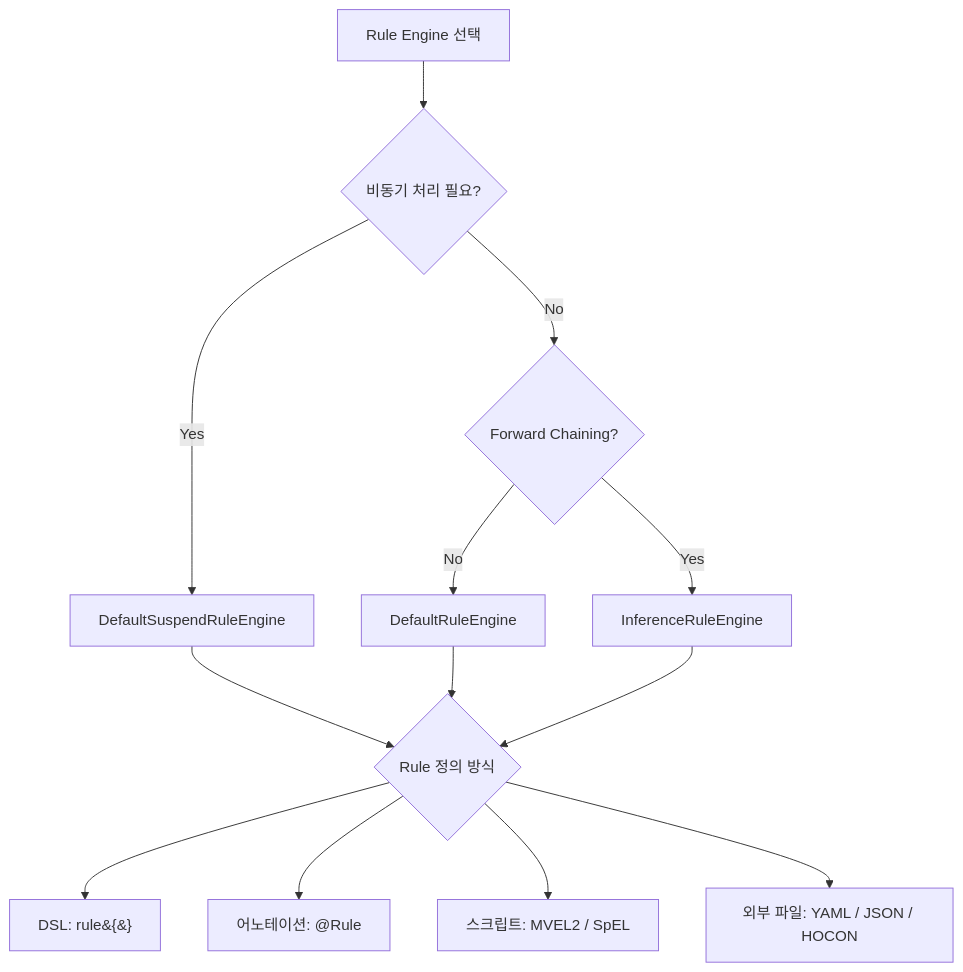
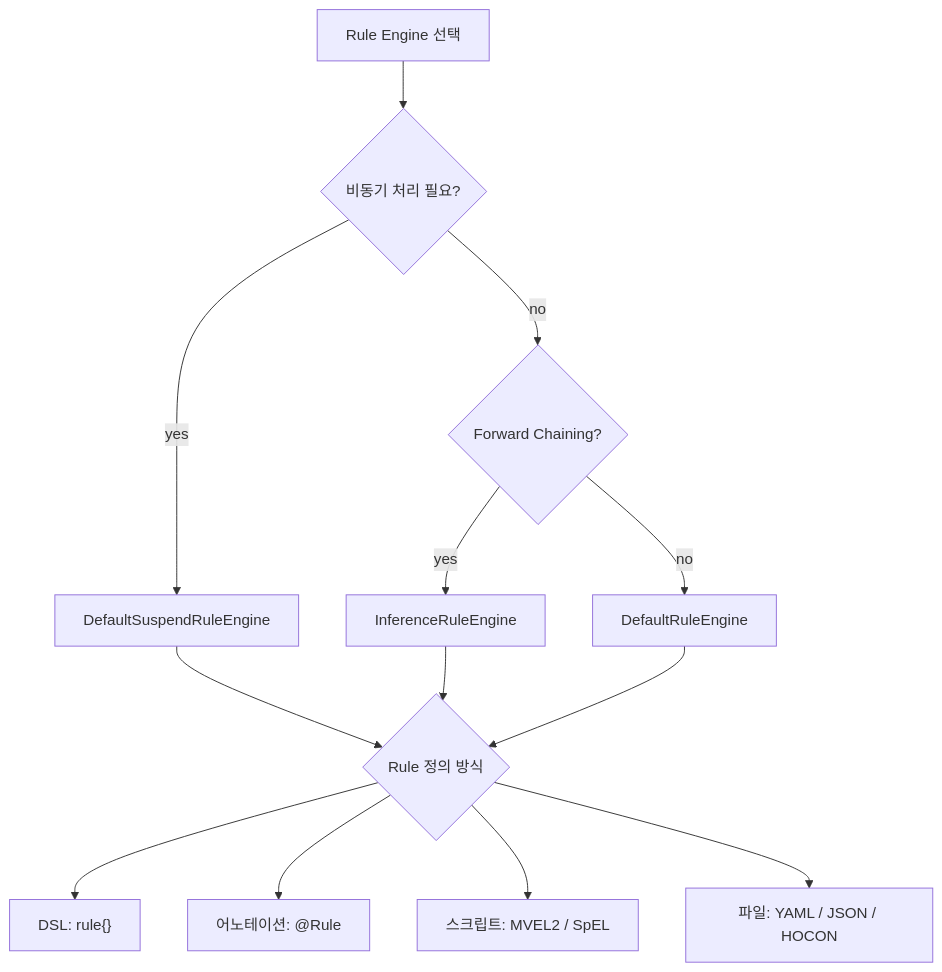
Before and after one commit to bluetape4k/bluetape4k-projects: the seventh of 7 diagrams in utils/rule-engine/README.ko.md, drawn with Mermaid. The commit also changed other lines of this file and 14 other files, not shown here.

````diff
--- a/utils/rule-engine/README.ko.md
+++ b/utils/rule-engine/README.ko.md
@@ -561,17 +240,13 @@
 ```mermaid
 flowchart TD
     A[Rule Engine 선택] --> B{비동기 처리 필요?}
-    B -- Yes --> C[DefaultSuspendRuleEngine]
-    B -- No --> D{Forward Chaining?}
-    D -- Yes --> E[InferenceRuleEngine]
-    D -- No --> F[DefaultRuleEngine]
-
-    C --> G{Rule 정의 방식}
-    F --> G
-    E --> G
-
-    G --> H[DSL: rule&#123;&#125;]
+    B -->|yes| C[DefaultSuspendRuleEngine]
+    B -->|no| D{Forward Chaining?}
+    D -->|yes| E[InferenceRuleEngine]
+    D -->|no| F[DefaultRuleEngine]
+    C & E & F --> G{Rule 정의 방식}
+    G --> H["DSL: rule{}"]
     G --> I["어노테이션: @Rule"]
-    G --> J[스크립트: MVEL2 / SpEL]
-    G --> K[외부 파일: YAML / JSON / HOCON]
+    G --> J["스크립트: MVEL2 / SpEL"]
+    G --> K["파일: YAML / JSON / HOCON"]
 ```
````
